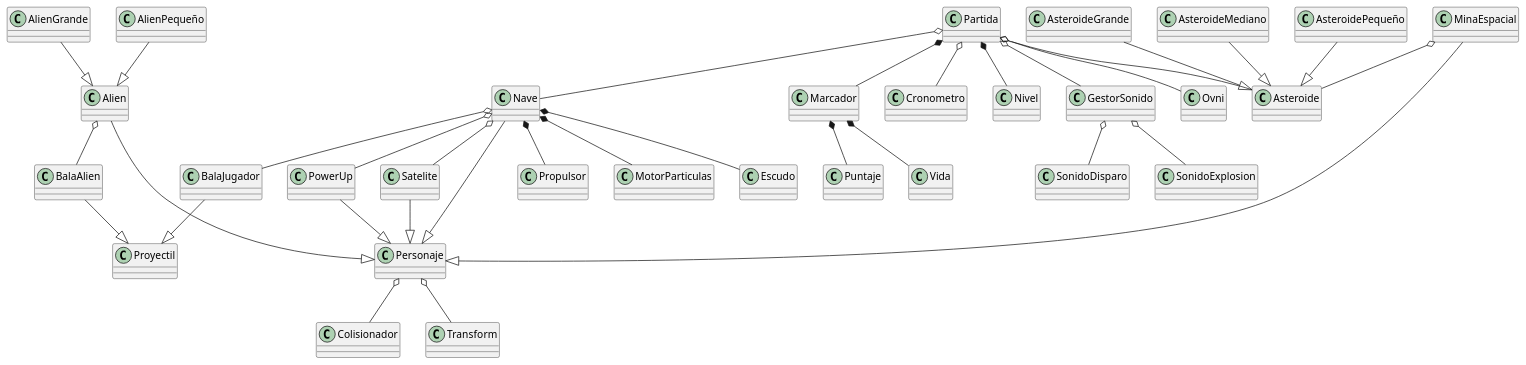
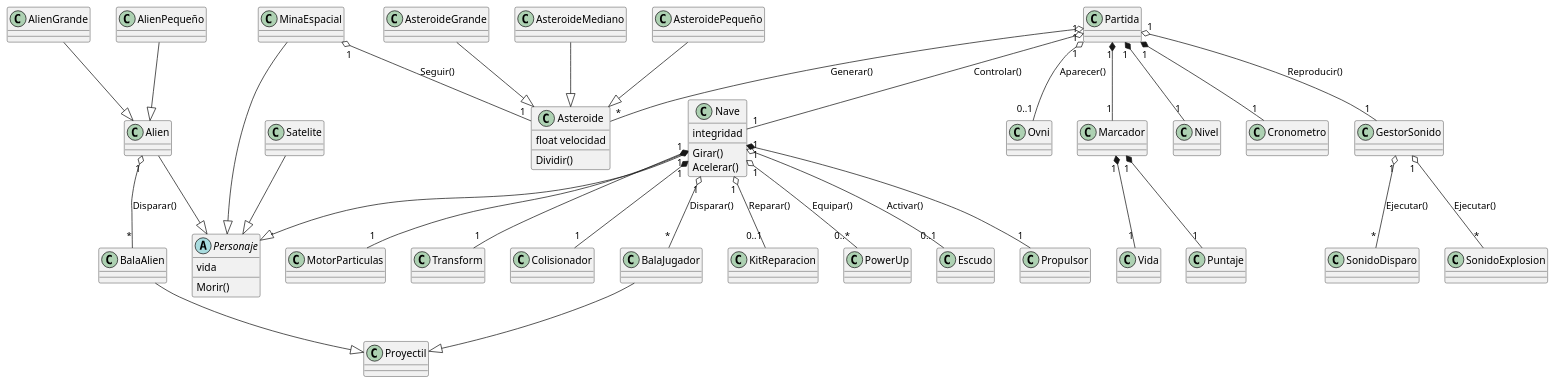
One commit to LD25110287/3f261 changed the diagram in diagrama.puml. Above: the diagram before and after it, drawn with PlantUML.

```diff
--- a/diagrama.puml
+++ b/diagrama.puml
@@ -1,68 +1,95 @@
-@startuml
-class Personaje
+' --- CLASES BASE Y COMPONENTES ---
+abstract class Personaje
+class Transform
+class Colisionador
+
+' --- ENTIDADES PRINCIPALES ---
 class Nave
 class Alien
 class AlienGrande
 class AlienPequeño
+class Ovni
+class Asteroide
+class AsteroideGrande
+class AsteroideMediano
+class AsteroidePequeño
+class MinaEspacial
+class Satelite
+
+' --- OBJETOS Y PROYECTILES ---
 class Proyectil
 class BalaJugador
 class BalaAlien
+class KitReparacion
+class PowerUp
+class Escudo
 class Propulsor
 class MotorParticulas
-class Escudo
-class Colisionador
-class Transform
-class Proyectil
-class BalaJugador
-class BalaAlien
-class Propulsor
-class MotorParticulas
-class Escudo
-class Colisionador
-class Transform
+
+' --- SISTEMA DE JUEGO ---
 class Partida
 class Marcador
-class Puntaje
-class Vida
+class Nivel
 class Cronometro
-class Nivel
-class PowerUp
-class MinaEspacial
-class Satelite
 class GestorSonido
 class SonidoExplosion
 class SonidoDisparo
-PowerUp --|> Personaje
+
+' --- HERENCIA ---
 Nave --|> Personaje
 Alien --|> Personaje
+MinaEspacial --|> Personaje
+Satelite --|> Personaje
+
 AlienGrande --|> Alien
 AlienPequeño --|> Alien
+
 BalaJugador --|> Proyectil
 BalaAlien --|> Proyectil
+
 AsteroideGrande --|> Asteroide
 AsteroideMediano --|> Asteroide
-MinaEspacial --|> Personaje
 AsteroidePequeño --|> Asteroide
-Satelite --|> Personaje
-Nave *-- Propulsor
-Nave *-- Escudo
-Nave *-- MotorParticulas
-Partida *-- Marcador
-Partida *-- Nivel
-Marcador *-- Puntaje
-Marcador *-- Vida
-Nave o-- Satelite
-MinaEspacial o-- Asteroide
-Nave o-- PowerUp
-Partida o-- Nave
-Partida o-- Asteroide
-Partida o-- Ovni
-Nave o-- BalaJugador
-Alien o-- BalaAlien
-Personaje o-- Colisionador
-Personaje o-- Transform
-GestorSonido o-- SonidoExplosion
-GestorSonido o-- SonidoDisparo
-Partida o-- Cronometro
-Partida o-- GestorSonido
+
+' --- COMPOSICIÓN (Vínculos fuertes de existencia) ---
+Nave "1" *-- "1" Transform
+Nave "1" *-- "1" Colisionador
+Nave "1" *-- "1" Propulsor
+Nave "1" *-- "1" MotorParticulas
+
+Partida "1" *-- "1" Marcador
+Partida "1" *-- "1" Cronometro
+Partida "1" *-- "1" Nivel
+
+Marcador "1" *-- "1" Puntaje
+Marcador "1" *-- "1" Vida
+
+' --- AGREGACIÓN E INTERACCIONES (Uso y acciones) ---
+Nave "1" o-- "0..1" KitReparacion : Reparar()
+Nave "1" o-- "0..*" PowerUp : Equipar()
+Nave "1" o-- "0..1" Escudo : Activar()
+Nave "1" o-- "*" BalaJugador : Disparar()
+
+Alien "1" o-- "*" BalaAlien : Disparar()
+MinaEspacial "1" o-- "1" Asteroide : Seguir()
+
+Partida "1" o-- "1" Nave : Controlar()
+Partida "1" o-- "*" Asteroide : Generar()
+Partida "1" o-- "0..1" Ovni : Aparecer()
+Partida "1" o-- "1" GestorSonido : Reproducir()
+
+GestorSonido "1" o-- "*" SonidoExplosion : Ejecutar()
+GestorSonido "1" o-- "*" SonidoDisparo : Ejecutar()
+
+' --- ATRIBUTOS Y MÉTODOS ---
+Personaje : vida
+Personaje : Morir()
+
+Nave : integridad
+Nave : Girar()
+Nave : Acelerar()
+
+Asteroide : float velocidad
+Asteroide : Dividir()
+
 @enduml
```
